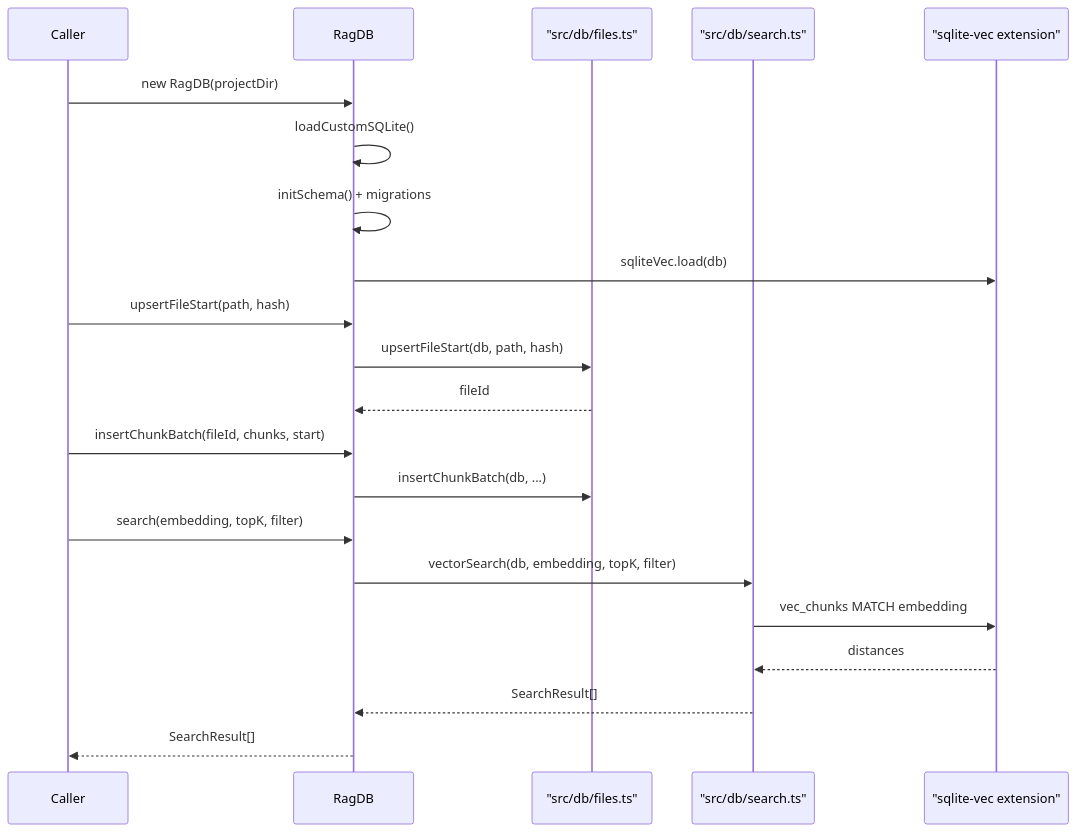
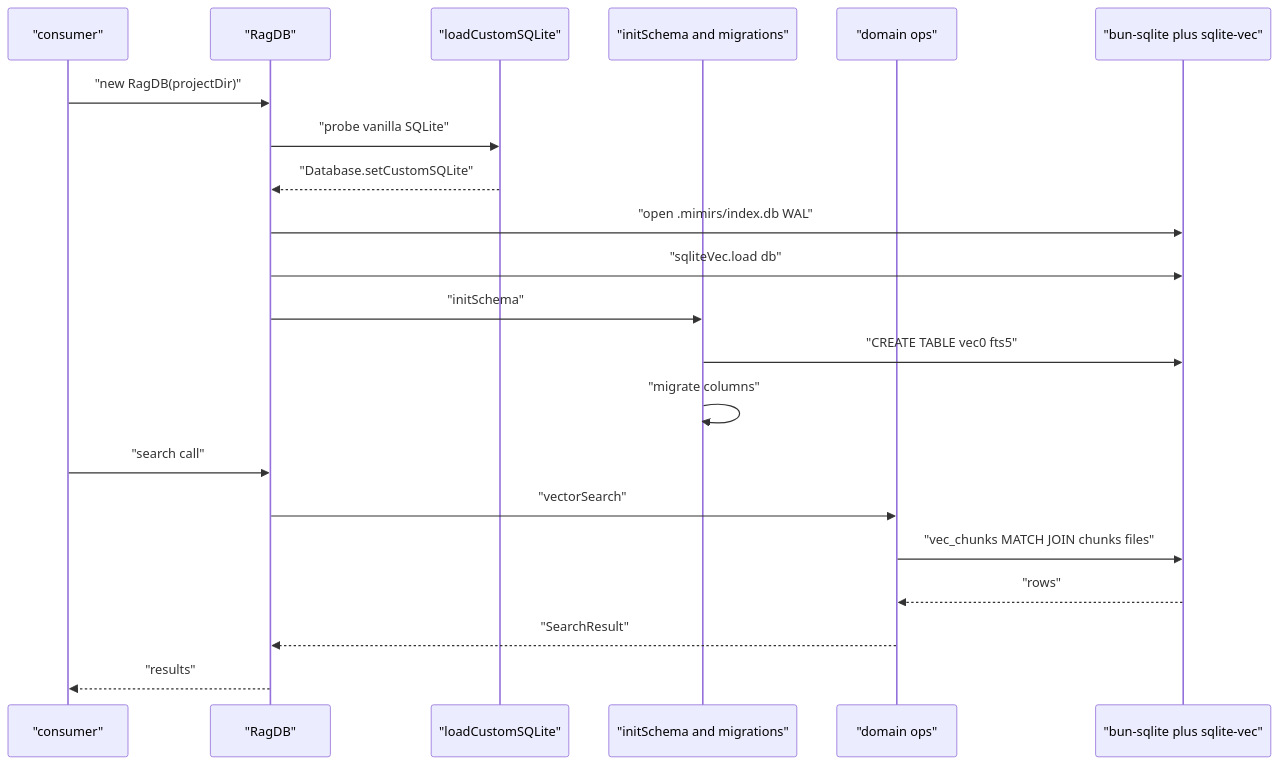
One commit to TheWinci/mimirs changed the first of 2 diagrams in wiki/communities/db-layer.md. Above: the diagram before and after it, drawn with Mermaid. The commit also changed other lines of this file and 36 other files, not shown here.

````diff
--- a/wiki/communities/db-layer.md
+++ b/wiki/communities/db-layer.md
@@ -67,27 +69,23 @@
 ```mermaid
 sequenceDiagram
-    participant Caller
-    participant RagDB
-    participant fileOps as "src/db/files.ts"
-    participant searchOps as "src/db/search.ts"
-    participant vecExt as "sqlite-vec extension"
-
-    Caller->>RagDB: new RagDB(projectDir)
-    RagDB->>RagDB: loadCustomSQLite()
-    RagDB->>RagDB: initSchema() + migrations
-    RagDB->>vecExt: sqliteVec.load(db)
-
-    Caller->>RagDB: upsertFileStart(path, hash)
-    RagDB->>fileOps: upsertFileStart(db, path, hash)
-    fileOps-->>RagDB: fileId
-
-    Caller->>RagDB: insertChunkBatch(fileId, chunks, start)
-    RagDB->>fileOps: insertChunkBatch(db, ...)
-
-    Caller->>RagDB: search(embedding, topK, filter)
-    RagDB->>searchOps: vectorSearch(db, embedding, topK, filter)
-    searchOps->>vecExt: vec_chunks MATCH embedding
-    vecExt-->>searchOps: distances
-    searchOps-->>RagDB: SearchResult[]
-    RagDB-->>Caller: SearchResult[]
+    participant caller as "consumer"
+    participant facade as "RagDB"
+    participant loader as "loadCustomSQLite"
+    participant initFn as "initSchema and migrations"
+    participant ops as "domain ops"
+    participant sqlite as "bun-sqlite plus sqlite-vec"
+    caller->>facade: "new RagDB(projectDir)"
+    facade->>loader: "probe vanilla SQLite"
+    loader-->>facade: "Database.setCustomSQLite"
+    facade->>sqlite: "open .mimirs/index.db WAL"
+    facade->>sqlite: "sqliteVec.load db"
+    facade->>initFn: "initSchema"
+    initFn->>sqlite: "CREATE TABLE vec0 fts5"
+    initFn->>initFn: "migrate columns"
+    caller->>facade: "search call"
+    facade->>ops: "vectorSearch"
+    ops->>sqlite: "vec_chunks MATCH JOIN chunks files"
+    sqlite-->>ops: "rows"
+    ops-->>facade: "SearchResult"
+    facade-->>caller: "results"
 ```
````
